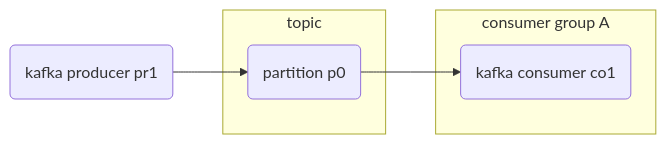
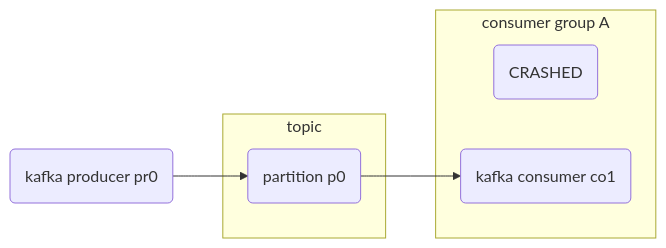
Before and after one commit to aiven/devportal: the third of 3 diagrams in docs/tutorials/talk-to-kafka.rst, drawn with Mermaid. The commit also changed other lines of this file, not shown here.

```diff
--- a/docs/tutorials/talk-to-kafka.rst
+++ b/docs/tutorials/talk-to-kafka.rst
@@ -162,13 +326,15 @@
 .. mermaid::
     
     graph LR;
 
-        pr1(kafka producer pr1) -->p0(partition p0);
+        pr0(kafka producer pr0) -->p0(partition p0);
         subgraph topic
         p0
         end
+        co0(CRASHED)
         co1(kafka consumer co1)
         subgraph consumer group A
+        co0
         co1
         end
         p0 -->co1
```
